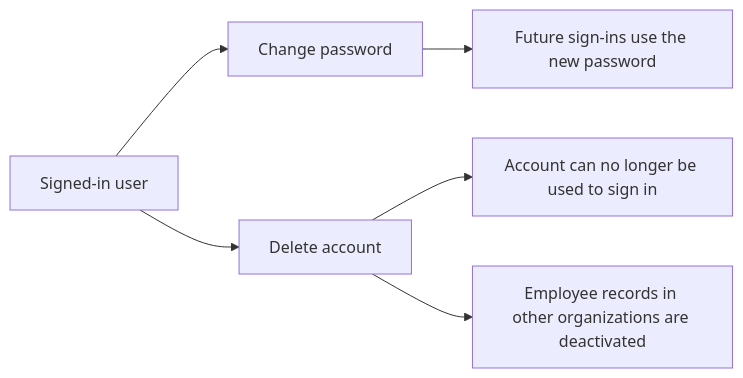
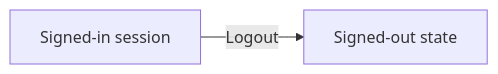
Before and after one commit to wrtnlabs/autobe-examples: the sixth of 9 diagrams in openai/gpt-5.4-mini/erp/docs/analysis/01-actors-and-auth.md, drawn with Mermaid. The commit also changed other lines of this file and 9017 other files, not shown here.

````diff
--- a/openai/gpt-5.4-mini/erp/docs/analysis/01-actors-and-auth.md
+++ b/openai/gpt-5.4-mini/erp/docs/analysis/01-actors-and-auth.md
@@ -207,8 +223,4 @@
 ```mermaid
 flowchart LR
-    A["Signed-in user"] --> B["Change password"]
-    B --> C["Future sign-ins use the new password"]
-    A --> D["Delete account"]
-    D --> E["Account can no longer be used to sign in"]
-    D --> F["Employee records in other organizations are deactivated"]
+    A["Signed-in session"] -->|"Logout"| B["Signed-out state"]
 ```
````
